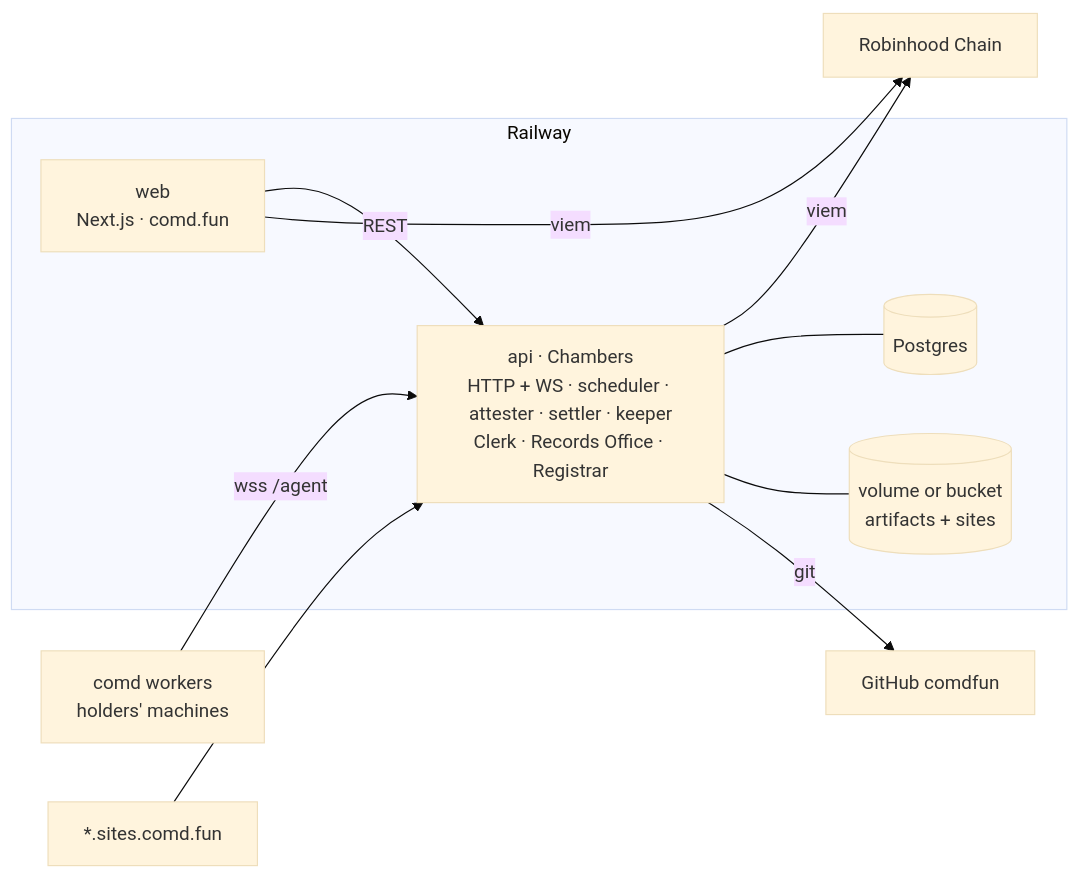
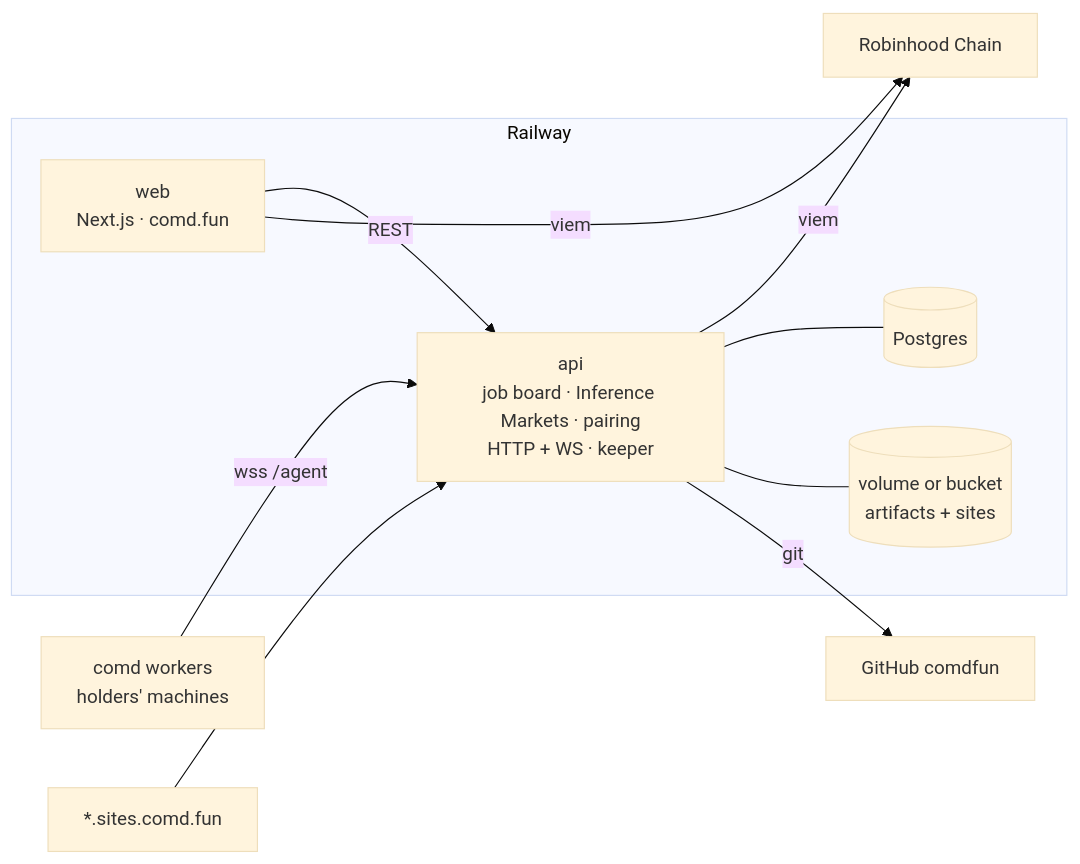
One commit to comdfun/comdfun changed the second of 2 diagrams in README.md. Above: the diagram before and after it, drawn with Mermaid (base theme). The commit also changed other lines of this file and 103 other files, not shown here.

First line of the commit message:
The simple site: one header, nicer job board, comd jobs, new docs and README

````diff
--- a/README.md
+++ b/README.md
@@ -509,17 +398,17 @@
 ```mermaid
 flowchart LR
     subgraph Railway
       WEB["web<br/>Next.js · comd.fun"]
-      API["api · Chambers<br/>HTTP + WS · scheduler · attester · settler · keeper<br/>Clerk · Records Office · Registrar"]
+      API["api<br/>job board · Inference Markets · pairing<br/>HTTP + WS · keeper"]
       PG[("Postgres")]
       ST[("volume or bucket<br/>artifacts + sites")]
     end
     W["comd workers<br/>holders' machines"] -->|"wss /agent"| API
     WEB -->|"REST"| API
     WEB -->|"viem"| RH["Robinhood Chain"]
     API -->|"viem"| RH
     API --- PG
     API --- ST
     API -->|"git"| GH["GitHub comdfun"]
     SITES["*.sites.comd.fun"] --> API
 ```
````
